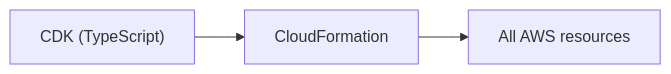
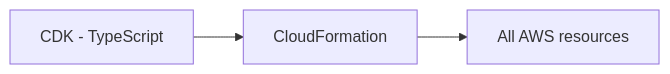
One commit to Nikorshun/autoexpense changed diagram 23 of 23 in docs/AWS-SERVICES.md. Above: the diagram before and after it, drawn with Mermaid. The commit also changed other lines of this file and 3 other files, not shown here.

First line of the commit message:
Make all docs Mermaid diagrams GitHub-safe

````diff
--- a/docs/AWS-SERVICES.md
+++ b/docs/AWS-SERVICES.md
@@ -475,5 +475,5 @@
 ```mermaid
 flowchart LR
-    TS["CDK (TypeScript)"] --> CFN["CloudFormation"]
+    TS["CDK - TypeScript"] --> CFN["CloudFormation"]
     CFN --> AWS["All AWS resources"]
 ```
````
